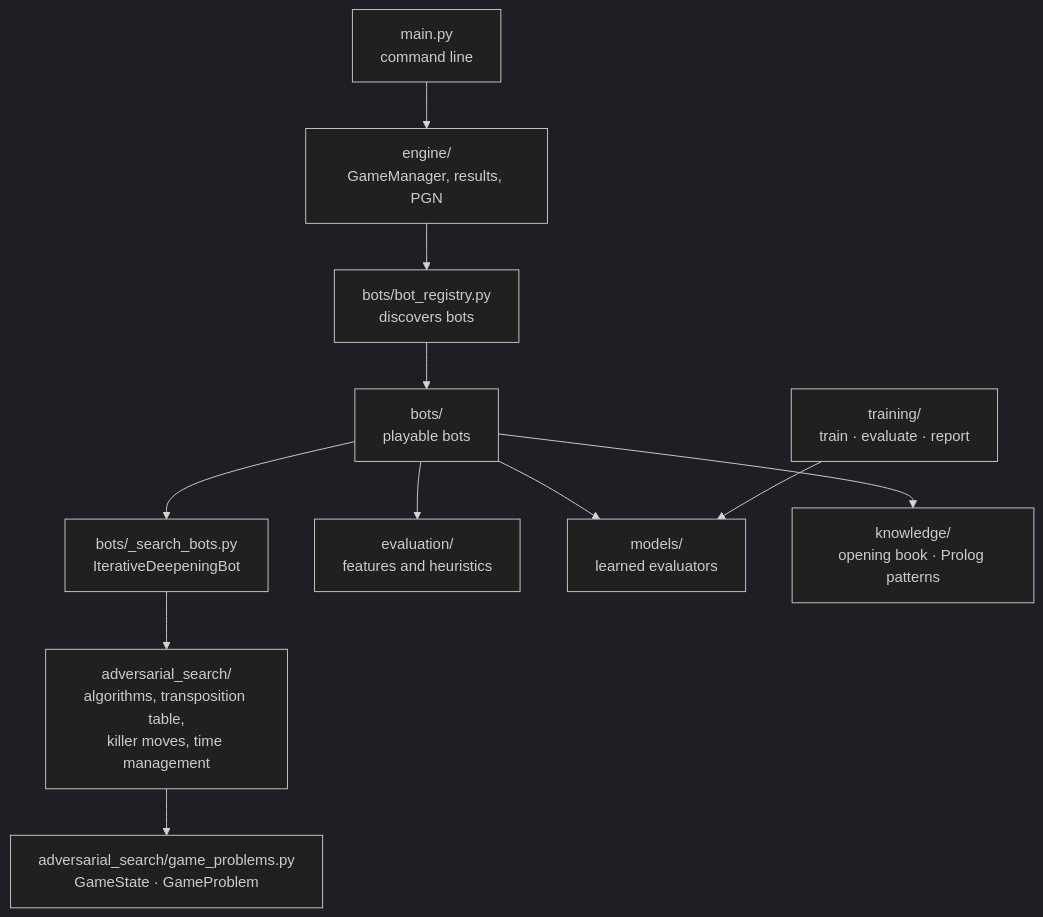
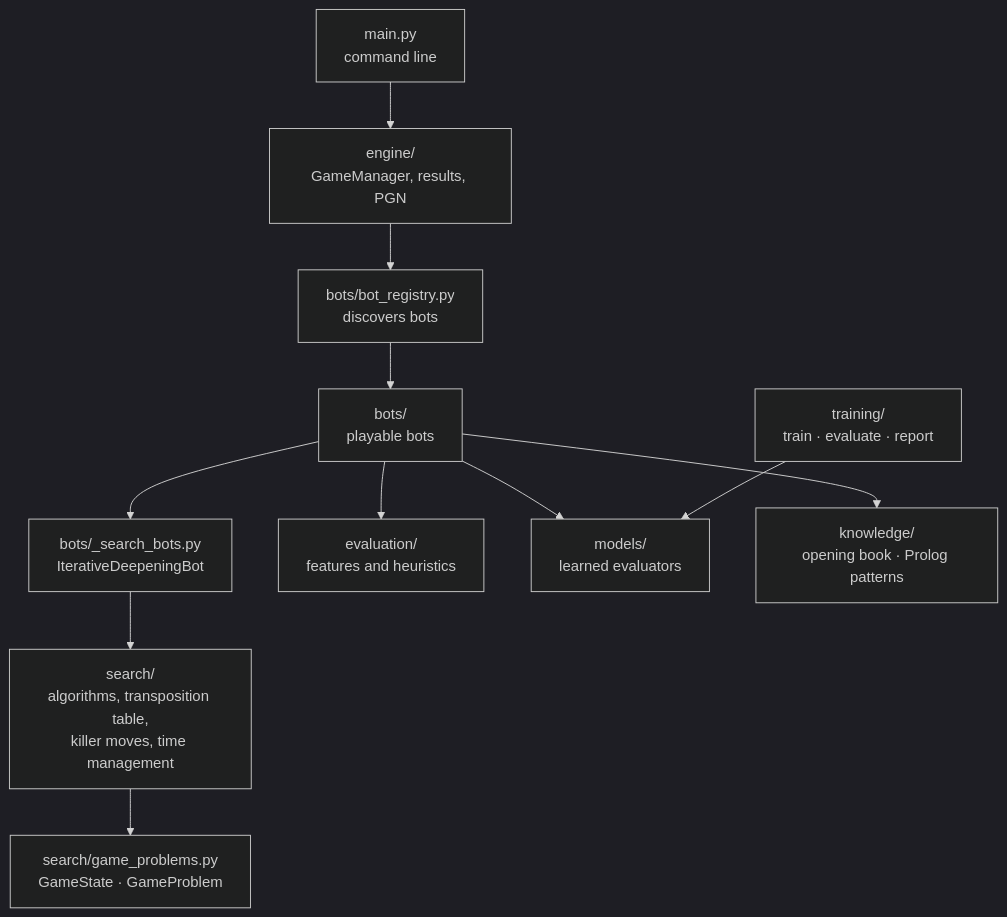
Before and after one commit to JoaquinDeVA/chess-ai-engine: the first of 3 diagrams in docs/ARCHITECTURE.md, drawn with Mermaid (dark theme). The commit also changed other lines of this file and 93 other files, not shown here.

````diff
--- a/docs/ARCHITECTURE.md
+++ b/docs/ARCHITECTURE.md
@@ -5,13 +6,13 @@
 ```mermaid
 flowchart TB
     CLI["main.py<br/>command line"] --> GM["engine/<br/>GameManager, results, PGN"]
     GM --> REG["bots/bot_registry.py<br/>discovers bots"]
     REG --> BOTS["bots/<br/>playable bots"]
     BOTS --> BASES["bots/_search_bots.py<br/>IterativeDeepeningBot"]
-    BASES --> SEARCH["adversarial_search/<br/>algorithms, transposition table,<br/>killer moves, time management"]
+    BASES --> SEARCH["search/<br/>algorithms, transposition table,<br/>killer moves, time management"]
     BOTS --> EVAL["evaluation/<br/>features and heuristics"]
     BOTS --> MODELS["models/<br/>learned evaluators"]
     BOTS --> KNOW["knowledge/<br/>opening book · Prolog patterns"]
-    SEARCH --> GAME["adversarial_search/game_problems.py<br/>GameState · GameProblem"]
+    SEARCH --> GAME["search/game_problems.py<br/>GameState · GameProblem"]
     TRAIN["training/<br/>train · evaluate · report"] --> MODELS
 ```
````
